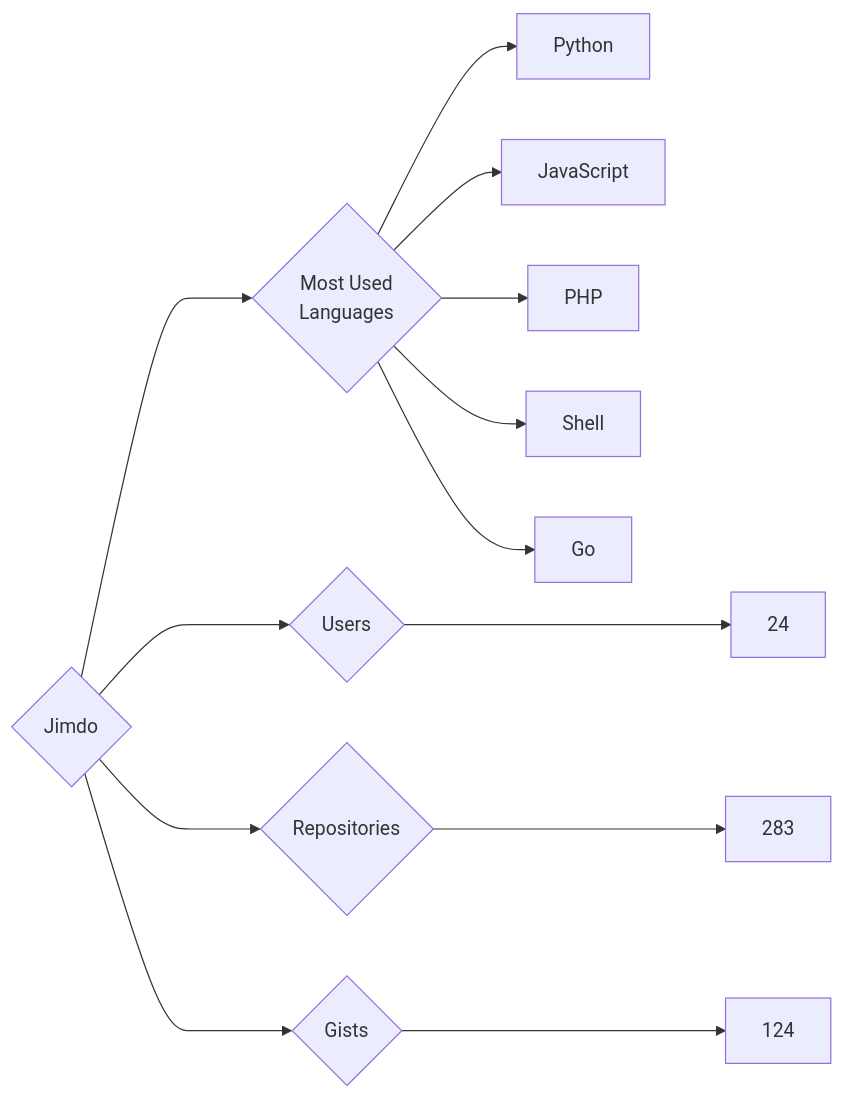
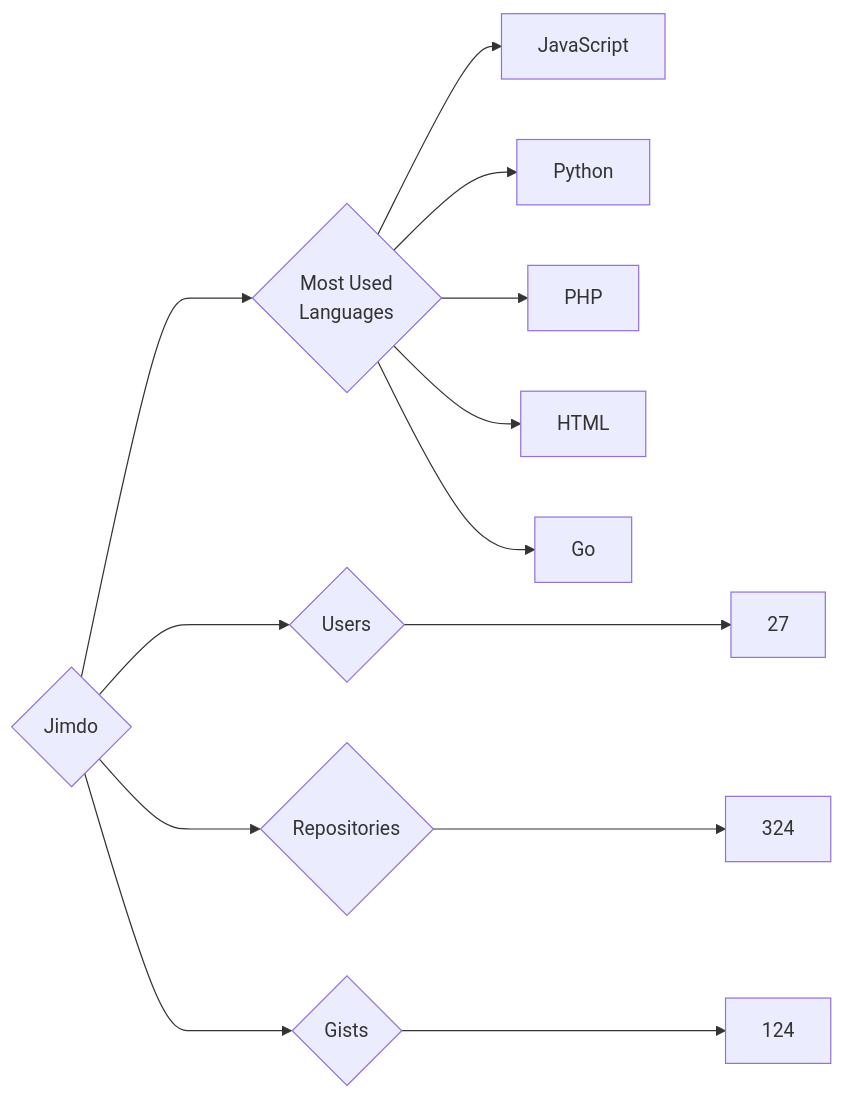
The diagram in targets/Jimdo/README.md (trickest/insiders), drawn with Mermaid before and after one commit. The commit also changed 951 other files, not shown here.

````diff
--- a/targets/Jimdo/README.md
+++ b/targets/Jimdo/README.md
@@ -3,13 +3,13 @@
 ```mermaid
 graph LR
 COMPANY_NAME{Jimdo}
-COMPANY_NAME ---> U{Users} ---> UN[24]
-COMPANY_NAME ---> R{Repositories} ---> RN[283]
+COMPANY_NAME ---> U{Users} ---> UN[27]
+COMPANY_NAME ---> R{Repositories} ---> RN[324]
 COMPANY_NAME ---> G{Gists} ---> GN[124]
 COMPANY_NAME ---> ML{Most Used<br>Languages}
+ML --> JavaScript[JavaScript]
 ML --> Python[Python]
-ML --> JavaScript[JavaScript]
 ML --> PHP[PHP]
-ML --> Shell[Shell]
+ML --> HTML[HTML]
 ML --> Go[Go]
 ```
````
